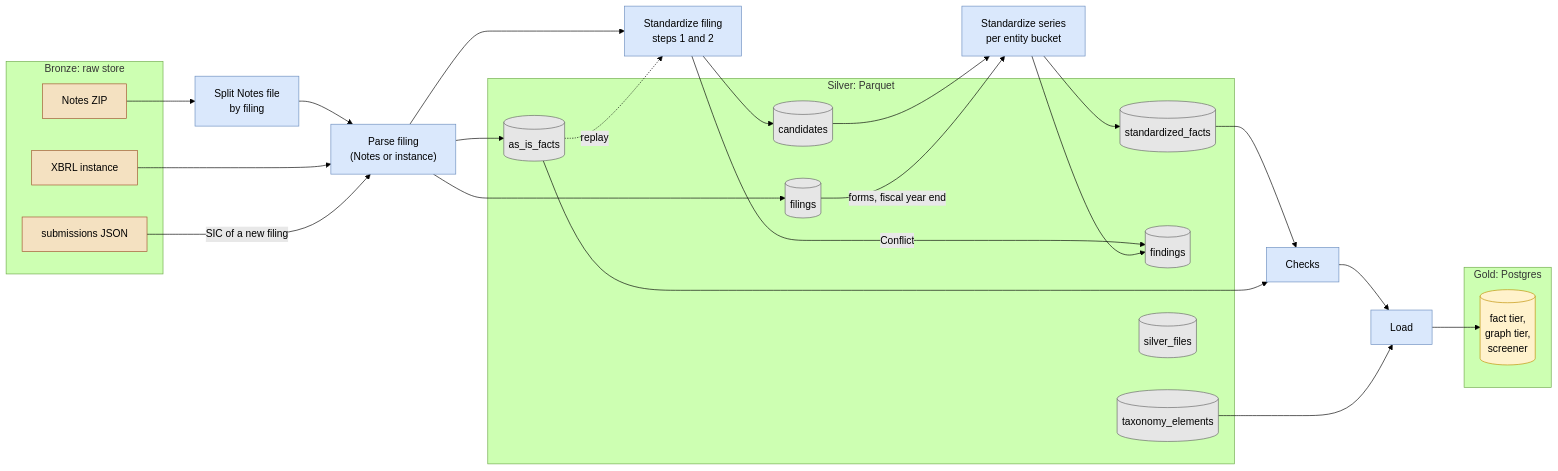
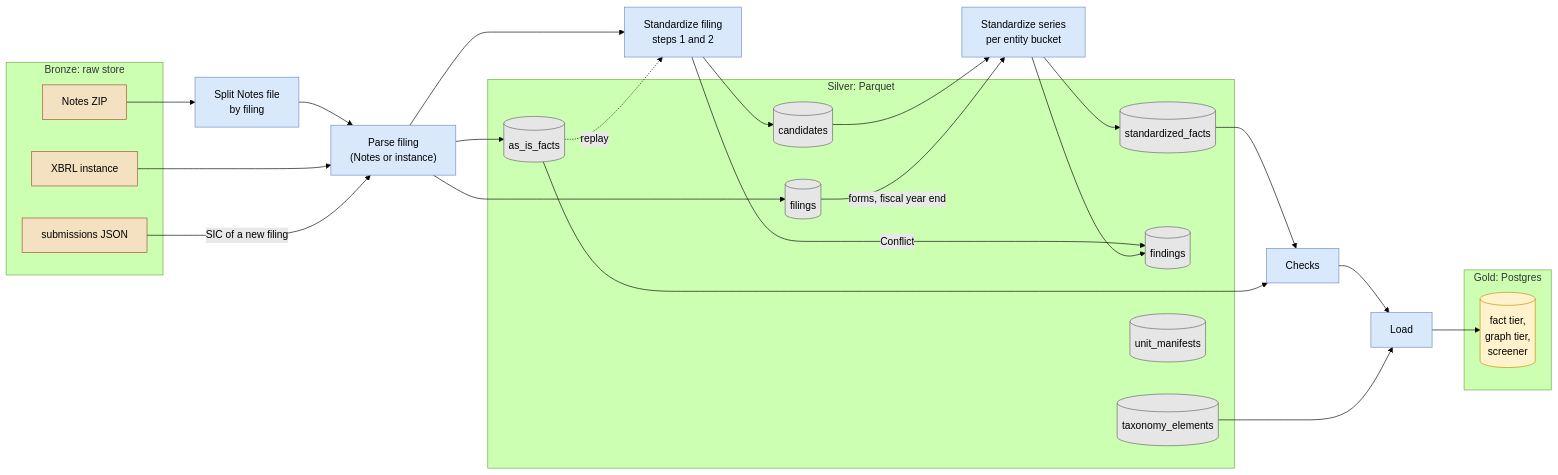
The diagram in sec/design/pipeline/silver_layer.md (ironcapitaleu/arkad), drawn with Mermaid (forest theme) before and after one commit. The commit also changed other lines of this file and 33 other files, not shown here.

First line of the commit message:
feat(sec): add UnitManifestRow, the row type of unit_manifests (#679)

````diff
--- a/sec/design/pipeline/silver_layer.md
+++ b/sec/design/pipeline/silver_layer.md
@@ -39,52 +39,52 @@
 ```mermaid
 flowchart LR
     classDef bronze fill:#f4e1c1,stroke:#a0522d
     classDef silver fill:#e6e6e6,stroke:#666666
     classDef gold fill:#fff2cc,stroke:#bf9000
     classDef step fill:#dae8fc,stroke:#6c8ebf
 
     subgraph B["Bronze: raw store"]
         NZ["Notes ZIP"]:::bronze
         IX["XBRL instance"]:::bronze
         SU["submissions JSON"]:::bronze
     end
 
     SP["Split Notes file<br/>by filing"]:::step
     PA["Parse filing<br/>(Notes or instance)"]:::step
     SF["Standardize filing<br/>steps 1 and 2"]:::step
     SE["Standardize series<br/>per entity bucket"]:::step
     CK["Checks"]:::step
     LD["Load"]:::step
 
     subgraph S["Silver: Parquet"]
         AS[("as_is_facts")]:::silver
         FI[("filings")]:::silver
         CA[("candidates")]:::silver
         ST[("standardized_facts")]:::silver
         FN[("findings")]:::silver
         TE[("taxonomy_elements")]:::silver
-        SF2[("silver_files")]:::silver
+        SF2[("unit_manifests")]:::silver
     end
 
     subgraph G["Gold: Postgres"]
         PG[("fact tier,<br/>graph tier,<br/>screener")]:::gold
     end
 
     NZ --> SP --> PA
     IX --> PA
     SU -- "SIC of a new filing" --> PA
     PA --> AS
     PA --> FI
     PA --> SF
     AS -. replay .-> SF
     SF --> CA
     SF -- "Conflict" --> FN
     CA --> SE
     FI -- "forms, fiscal year end" --> SE
     SE --> ST
     SE --> FN
     ST --> CK
     AS --> CK
     CK --> LD --> PG
     TE --> LD
 ```
````
